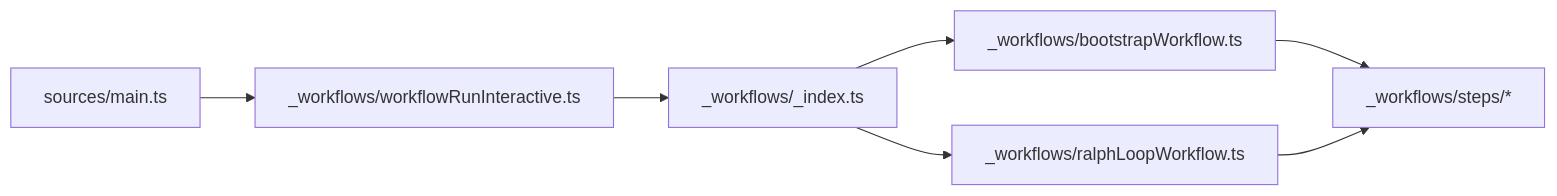
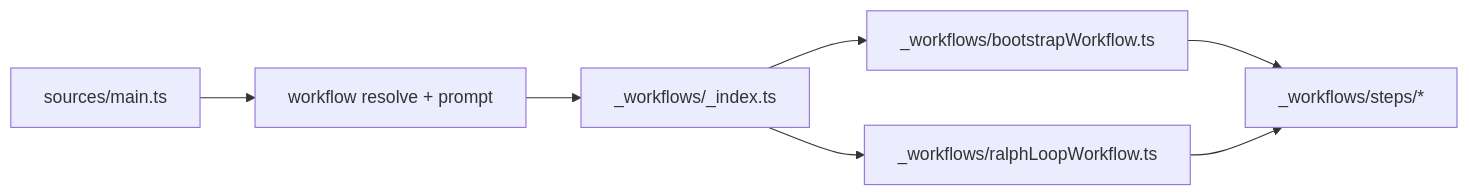
Before and after one commit to ex3ndr/holdmybeer: the diagram in doc/workflows-folder-rename.md, drawn with Mermaid. The commit also changed 11 other files, not shown here.

Commit message:
refactor(cli): resolve workflows in main entrypoint

````diff
--- a/doc/workflows-folder-rename.md
+++ b/doc/workflows-folder-rename.md
@@ -7,9 +7,9 @@
 ```mermaid
 flowchart LR
-  A[sources/main.ts] --> B[_workflows/workflowRunInteractive.ts]
+  A[sources/main.ts] --> B[workflow resolve + prompt]
   B --> C[_workflows/_index.ts]
   C --> D[_workflows/bootstrapWorkflow.ts]
   C --> E[_workflows/ralphLoopWorkflow.ts]
   D --> F[_workflows/steps/*]
   E --> F
 ```
````
